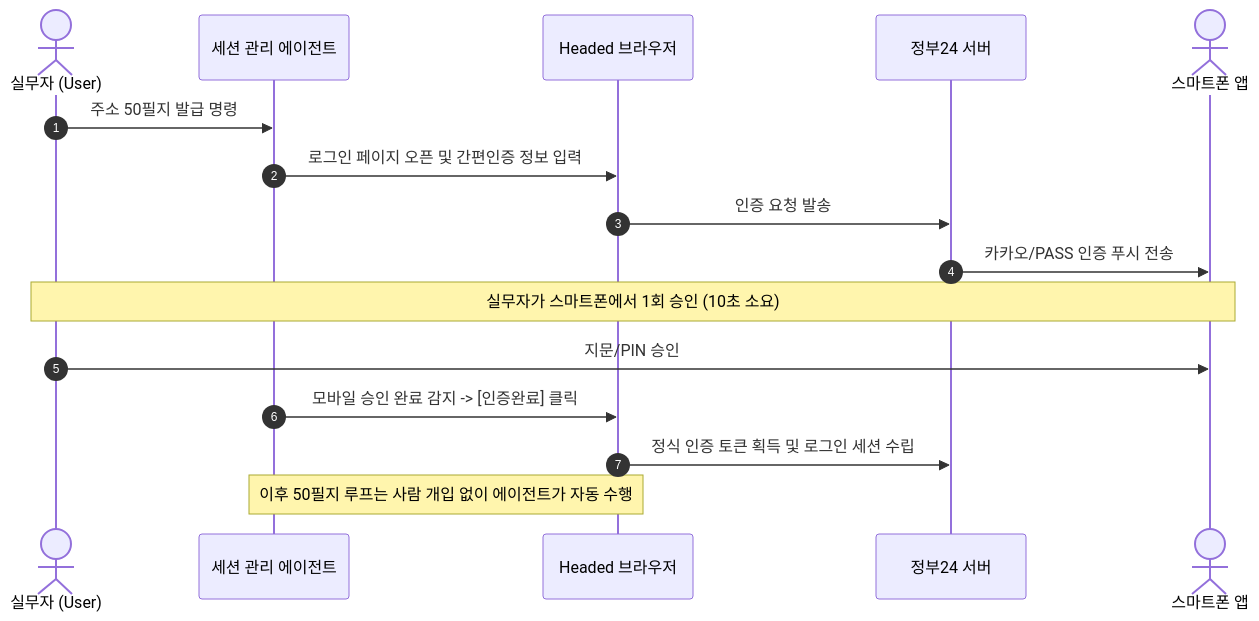
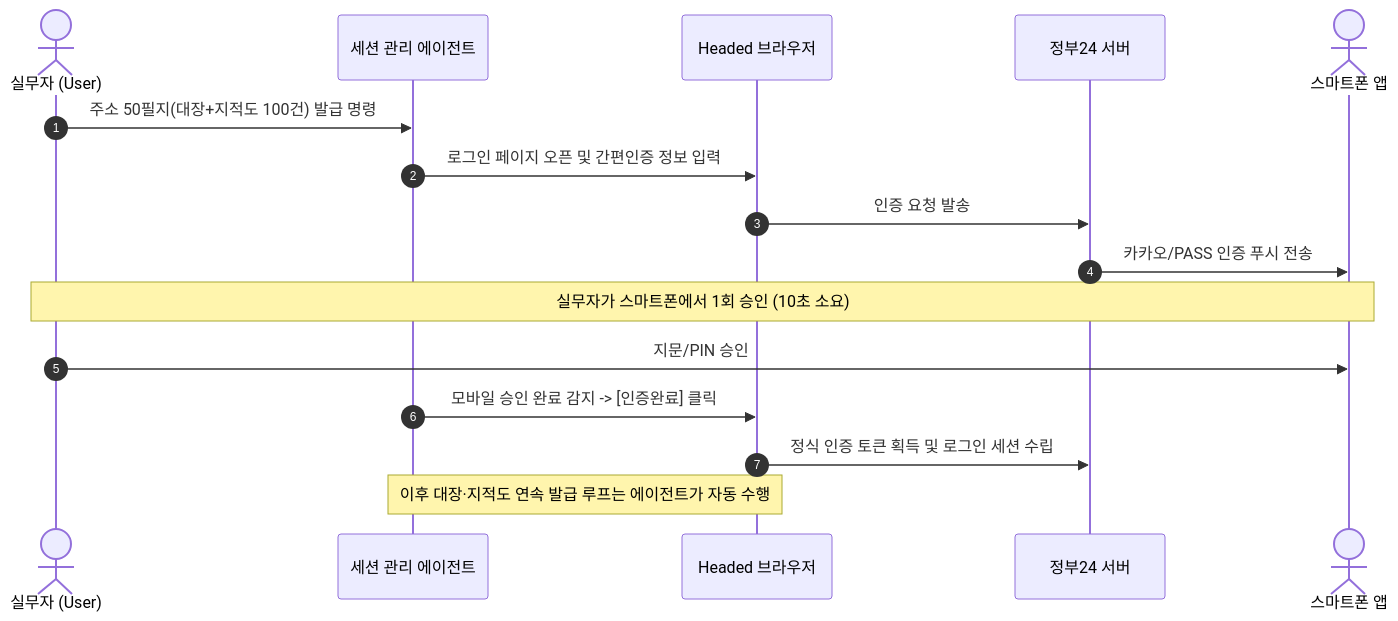
The second of 5 diagrams in docs/members/R04/workspace/2026-11-16_R04_공공서류_수집자동화_기술검토_및_해결안.md (ik-e/chaja-you), drawn with Mermaid before and after one commit. The commit also changed other lines of this file and 4 other files, not shown here.

````diff
--- a/docs/members/R04/workspace/2026-11-16_R04_공공서류_수집자동화_기술검토_및_해결안.md
+++ b/docs/members/R04/workspace/2026-11-16_R04_공공서류_수집자동화_기술검토_및_해결안.md
@@ -49,19 +49,19 @@
 ```mermaid
 sequenceDiagram
     autonumber
     actor User as 실무자 (User)
     participant AuthAgent as 세션 관리 에이전트
     participant Browser as Headed 브라우저
     participant Gov24 as 정부24 서버
     actor Mobile as 스마트폰 앱
 
-    User->>AuthAgent: 주소 50필지 발급 명령
+    User->>AuthAgent: 주소 50필지(대장+지적도 100건) 발급 명령
     AuthAgent->>Browser: 로그인 페이지 오픈 및 간편인증 정보 입력
     Browser->>Gov24: 인증 요청 발송
     Gov24->>Mobile: 카카오/PASS 인증 푸시 전송
     Note over User,Mobile: 실무자가 스마트폰에서 1회 승인 (10초 소요)
     User->>Mobile: 지문/PIN 승인
     AuthAgent->>Browser: 모바일 승인 완료 감지 -> [인증완료] 클릭
     Browser->>Gov24: 정식 인증 토큰 획득 및 로그인 세션 수립
-    Note over AuthAgent,Browser: 이후 50필지 루프는 사람 개입 없이 에이전트가 자동 수행
+    Note over AuthAgent,Browser: 이후 대장·지적도 연속 발급 루프는 에이전트가 자동 수행
 ```
````
